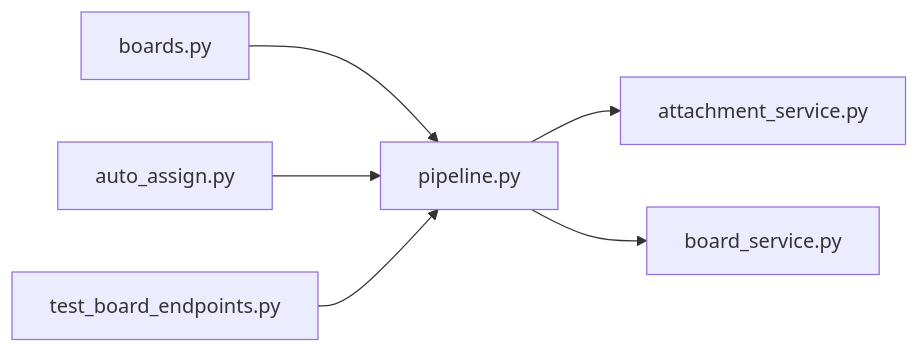
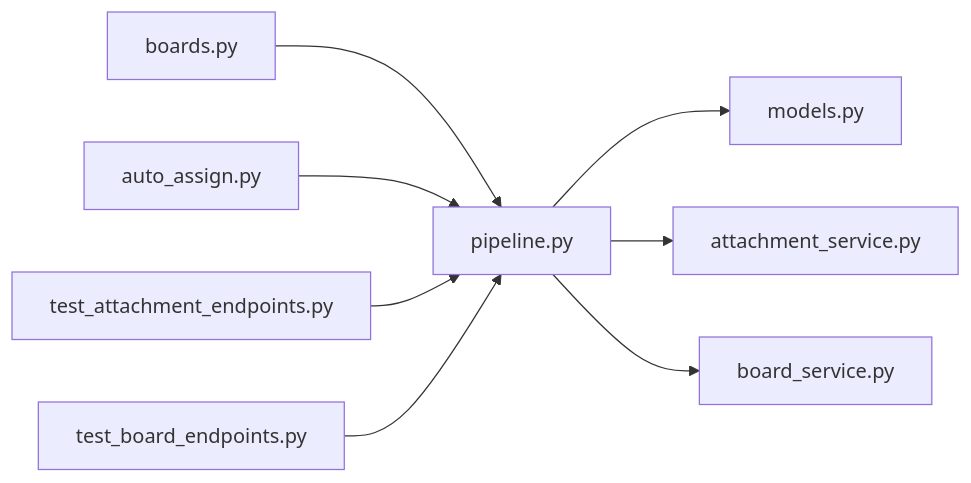
Before and after one commit to minkong-dev/Banblit: the diagram in .cluedoc/graph/backend/src/backend/services/board/pipeline.md, drawn with Mermaid. The commit also changed other lines of this file and 50 other files, not shown here.

First line of the commit message:
backend: keep tunable limits and call order in each module's pipeline

````diff
--- a/.cluedoc/graph/backend/src/backend/services/board/pipeline.md
+++ b/.cluedoc/graph/backend/src/backend/services/board/pipeline.md
@@ -10,9 +10,11 @@
 ```mermaid
 flowchart LR
   backend_src_backend_services_board_pipeline["pipeline.py"]
+  backend_src_backend_services_board_pipeline --> backend_src_backend_db_models["models.py"]
   backend_src_backend_services_board_pipeline --> backend_src_backend_services_board_attachment_service["attachment_service.py"]
   backend_src_backend_services_board_pipeline --> backend_src_backend_services_board_board_service["board_service.py"]
   backend_src_backend_api_routers_boards["boards.py"] --> backend_src_backend_services_board_pipeline
   backend_src_backend_jobs_auto_assign["auto_assign.py"] --> backend_src_backend_services_board_pipeline
+  backend_tests_integration_db_test_attachment_endpoints["test_attachment_endpoints.py"] --> backend_src_backend_services_board_pipeline
   backend_tests_integration_db_test_board_endpoints["test_board_endpoints.py"] --> backend_src_backend_services_board_pipeline
 ```
````
